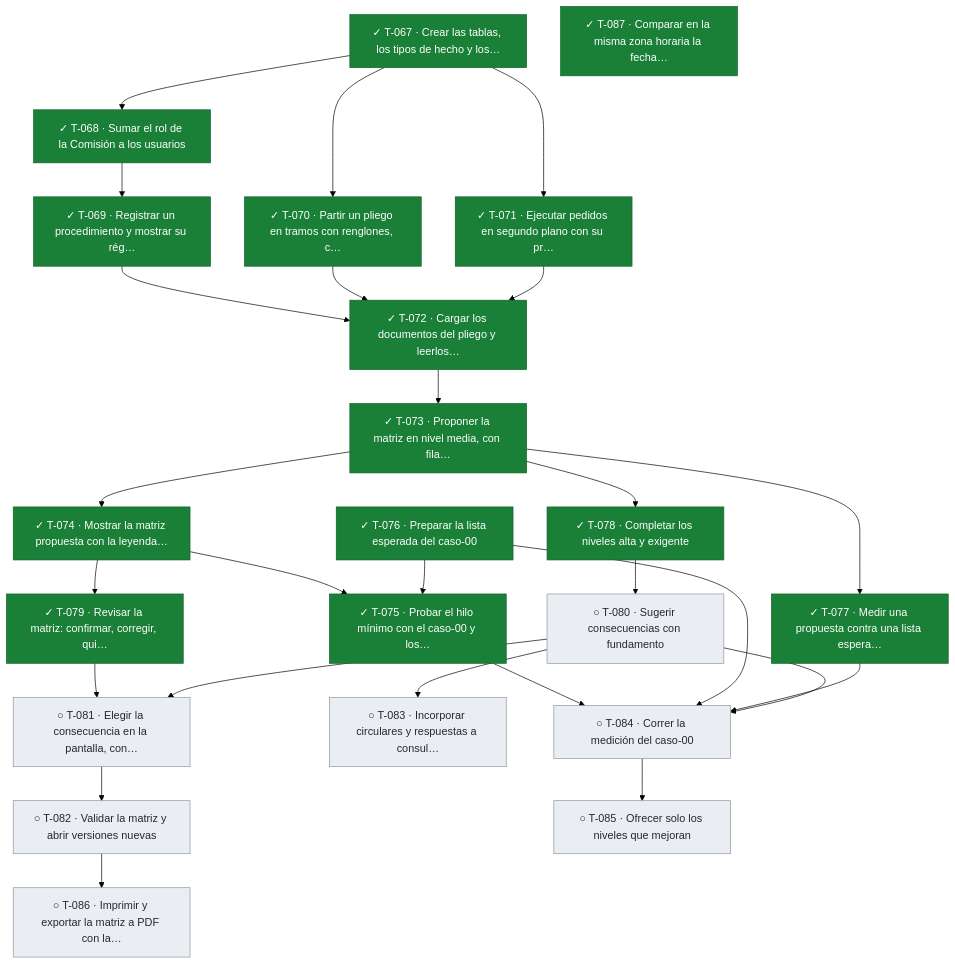
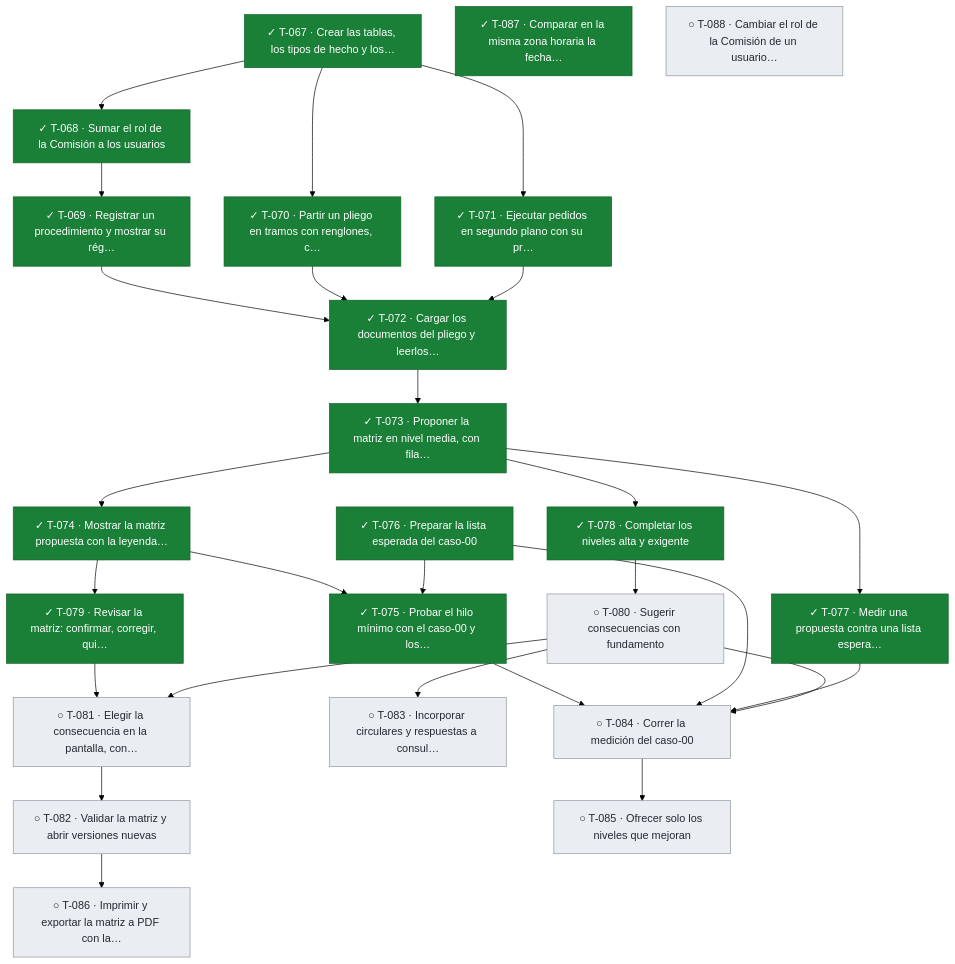
One commit to snavello/EVALUON changed the fifth of 5 diagrams in docs/tablero.md. Above: the diagram before and after it, drawn with Mermaid (forest theme). The commit also changed other lines of this file and 1 other file, not shown here.

Commit message:
gestión: tarea T-088 (cambiar el rol de la Comisión con registro); rol de evaluador a sandro

````diff
--- a/docs/tablero.md
+++ b/docs/tablero.md
@@ -400,54 +401,55 @@
 ```mermaid
 flowchart TD
   T067["✓ T-067 · Crear las tablas, los tipos de hecho y los…"]:::done
   T068["✓ T-068 · Sumar el rol de la Comisión a los usuarios"]:::done
   T069["✓ T-069 · Registrar un procedimiento y mostrar su rég…"]:::done
   T070["✓ T-070 · Partir un pliego en tramos con renglones, c…"]:::done
   T071["✓ T-071 · Ejecutar pedidos en segundo plano con su pr…"]:::done
   T072["✓ T-072 · Cargar los documentos del pliego y leerlos…"]:::done
   T073["✓ T-073 · Proponer la matriz en nivel media, con fila…"]:::done
   T074["✓ T-074 · Mostrar la matriz propuesta con la leyenda…"]:::done
   T075["✓ T-075 · Probar el hilo mínimo con el caso-00 y los…"]:::done
   T076["✓ T-076 · Preparar la lista esperada del caso-00"]:::done
   T077["✓ T-077 · Medir una propuesta contra una lista espera…"]:::done
   T078["✓ T-078 · Completar los niveles alta y exigente"]:::done
   T079["✓ T-079 · Revisar la matriz: confirmar, corregir, qui…"]:::done
   T080["○ T-080 · Sugerir consecuencias con fundamento"]:::todo
   T081["○ T-081 · Elegir la consecuencia en la pantalla, con…"]:::todo
   T082["○ T-082 · Validar la matriz y abrir versiones nuevas"]:::todo
   T083["○ T-083 · Incorporar circulares y respuestas a consul…"]:::todo
   T084["○ T-084 · Correr la medición del caso-00"]:::todo
   T085["○ T-085 · Ofrecer solo los niveles que mejoran"]:::todo
   T086["○ T-086 · Imprimir y exportar la matriz a PDF con la…"]:::todo
   T087["✓ T-087 · Comparar en la misma zona horaria la fecha…"]:::done
+  T088["○ T-088 · Cambiar el rol de la Comisión de un usuario…"]:::todo
   T067 --> T068
   T068 --> T069
   T067 --> T070
   T067 --> T071
   T069 --> T072
   T070 --> T072
   T071 --> T072
   T072 --> T073
   T073 --> T074
   T074 --> T075
   T076 --> T075
   T073 --> T077
   T073 --> T078
   T074 --> T079
   T078 --> T080
   T079 --> T081
   T080 --> T081
   T081 --> T082
   T080 --> T083
   T075 --> T084
   T076 --> T084
   T077 --> T084
   T080 --> T084
   T084 --> T085
   T082 --> T086
   classDef done fill:#1a7f37,stroke:#116329,color:#ffffff
   classDef review fill:#0969da,stroke:#0550ae,color:#ffffff
   classDef active fill:#bf8700,stroke:#7d4e00,color:#ffffff
   classDef blocked fill:#cf222e,stroke:#a40e26,color:#ffffff
   classDef todo fill:#eaeef2,stroke:#8c959f,color:#24292f
 ```
````
